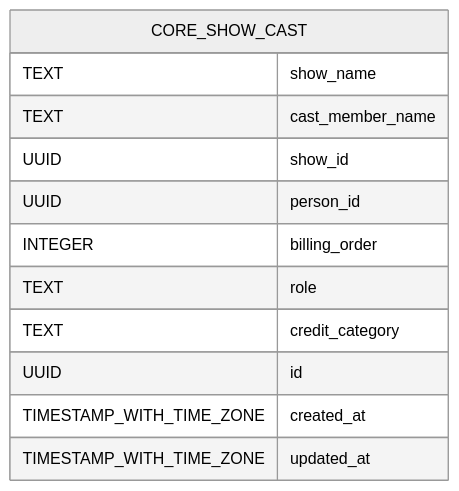
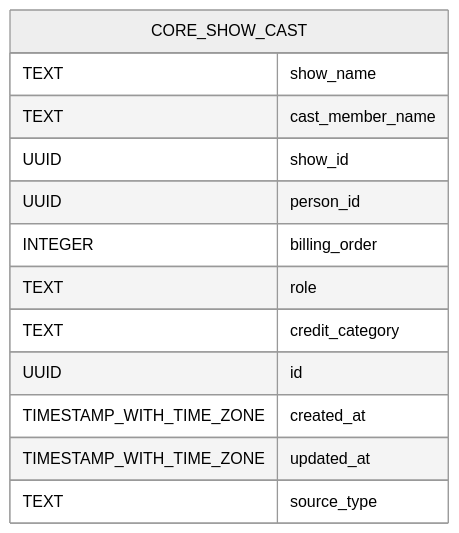
One commit to therealityreport/trr-backend changed the diagram in supabase/schema_docs/diagrams/core.show_cast.mermaid.md. Above: the diagram before and after it, drawn with Mermaid (neutral theme). The commit also changed 29 other files, not shown here.

````diff
--- a/supabase/schema_docs/diagrams/core.show_cast.mermaid.md
+++ b/supabase/schema_docs/diagrams/core.show_cast.mermaid.md
@@ -4,15 +4,16 @@
 ```mermaid
 erDiagram
     CORE_SHOW_CAST {
         TEXT show_name
         TEXT cast_member_name
         UUID show_id
         UUID person_id
         INTEGER billing_order
         TEXT role
         TEXT credit_category
         UUID id
         TIMESTAMP_WITH_TIME_ZONE created_at
         TIMESTAMP_WITH_TIME_ZONE updated_at
+        TEXT source_type
     }
 ```
````
